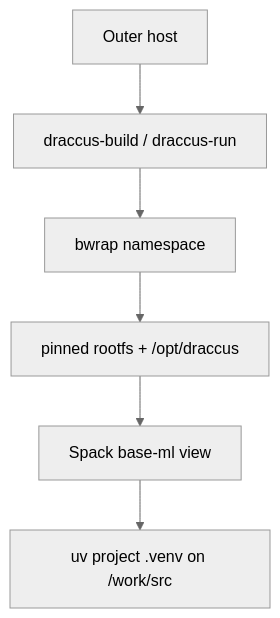
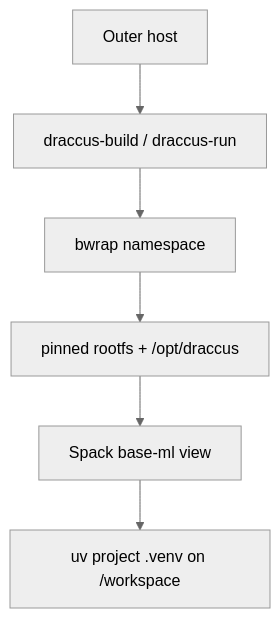
One commit to phi9t/draccus changed the diagram in README.md. Above: the diagram before and after it, drawn with Mermaid (neutral theme). The commit also changed other lines of this file and 4 other files, not shown here.

First line of the commit message:
Rename DRACCUS_WORK_SRC → DRACCUS_WORKSPACE; /work/src → /workspace

````diff
--- a/README.md
+++ b/README.md
@@ -17,8 +17,8 @@
 ```mermaid
 flowchart TD
     A[Outer host] --> B[draccus-build / draccus-run]
     B --> C[bwrap namespace]
     C --> D[pinned rootfs + /opt/draccus]
     D --> E[Spack base-ml view]
-    E --> F[uv project .venv on /work/src]
+    E --> F[uv project .venv on /workspace]
 ```
````
